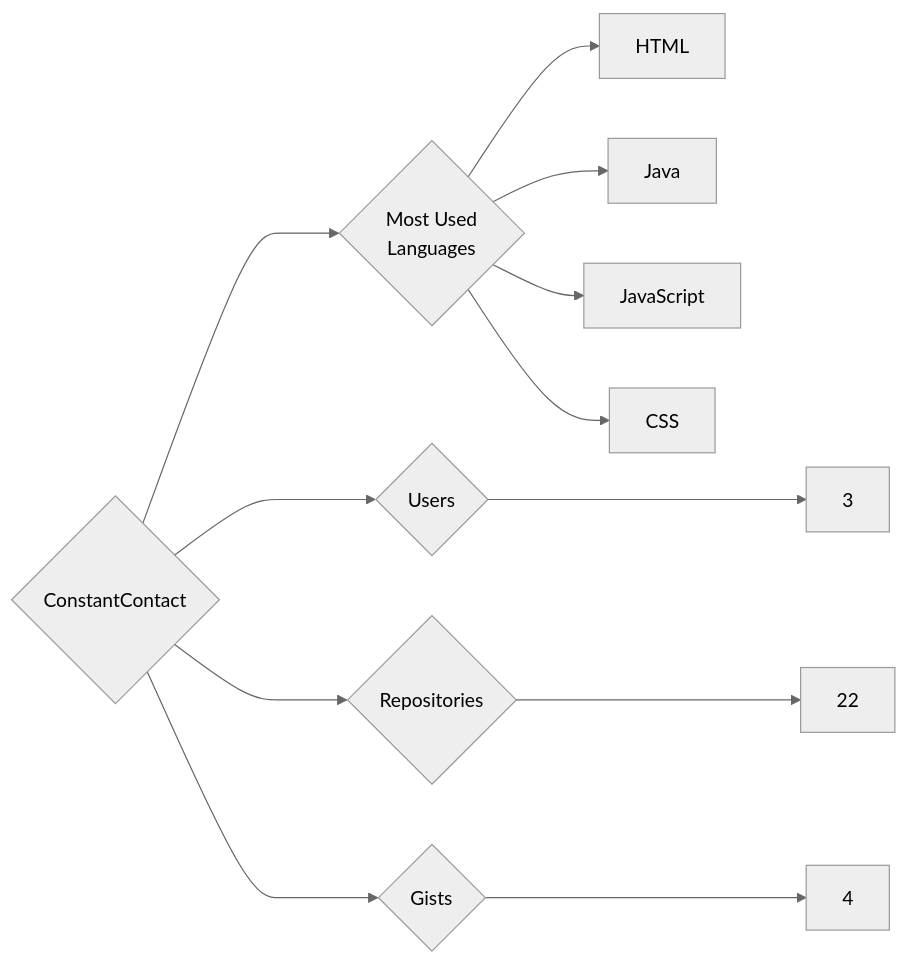
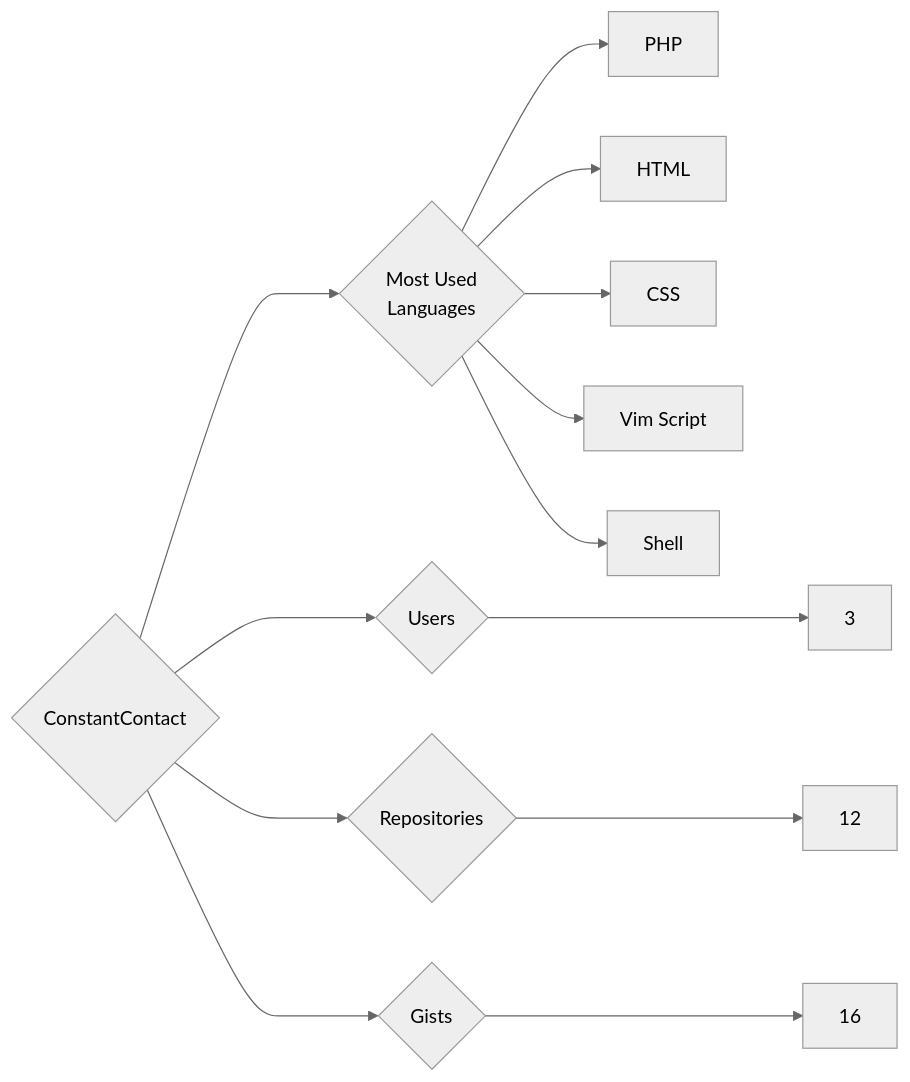
Before and after one commit to trickest/insiders: the diagram in targets/ConstantContact/README.md, drawn with Mermaid (neutral theme). The commit also changed 1007 other files, not shown here.

````diff
--- a/targets/ConstantContact/README.md
+++ b/targets/ConstantContact/README.md
@@ -3,12 +3,13 @@
 ```mermaid
 graph LR
 COMPANY_NAME{ConstantContact}
 COMPANY_NAME ---> U{Users} ---> UN[3]
-COMPANY_NAME ---> R{Repositories} ---> RN[22]
-COMPANY_NAME ---> G{Gists} ---> GN[4]
+COMPANY_NAME ---> R{Repositories} ---> RN[12]
+COMPANY_NAME ---> G{Gists} ---> GN[16]
 COMPANY_NAME ---> ML{Most Used<br>Languages}
+ML --> PHP[PHP]
 ML --> HTML[HTML]
-ML --> Java[Java]
-ML --> JavaScript[JavaScript]
 ML --> CSS[CSS]
+ML --> Vim_Script[Vim Script]
+ML --> Shell[Shell]
 ```
````
